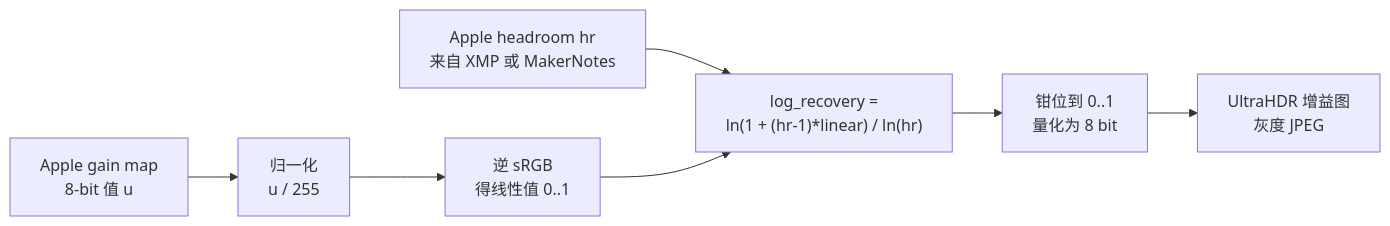
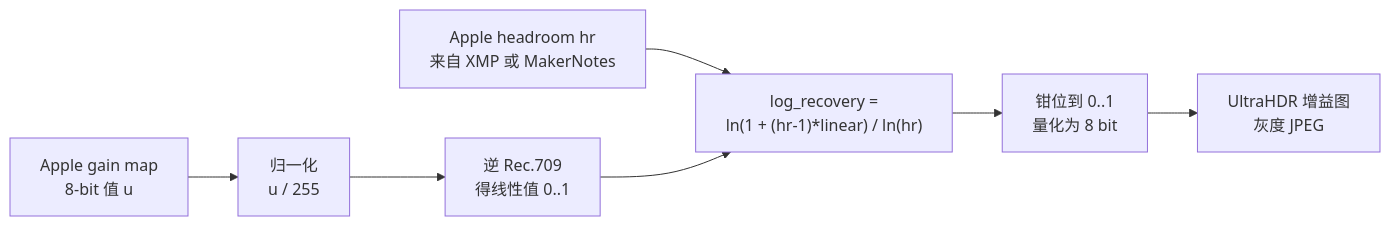
Before and after one commit to W0n9/heic2ultrahdr: the second of 2 diagrams in README.zh-CN.md, drawn with Mermaid. The commit also changed other lines of this file and 3 other files, not shown here.

````diff
--- a/README.zh-CN.md
+++ b/README.zh-CN.md
@@ -157,9 +157,9 @@
 ```mermaid
 flowchart LR
     U["Apple gain map<br/>8-bit 值 u"] --> N["归一化<br/>u / 255"]
-    N --> L["逆 sRGB<br/>得线性值 0..1"]
+    N --> L["逆 Rec.709<br/>得线性值 0..1"]
     HR["Apple headroom hr<br/>来自 XMP 或 MakerNotes"] --> R
     L --> R["log_recovery =<br/>ln(1 + (hr-1)*linear) / ln(hr)"]
     R --> Q["钳位到 0..1<br/>量化为 8 bit"]
     Q --> G["UltraHDR 增益图<br/>灰度 JPEG"]
 ```
````
